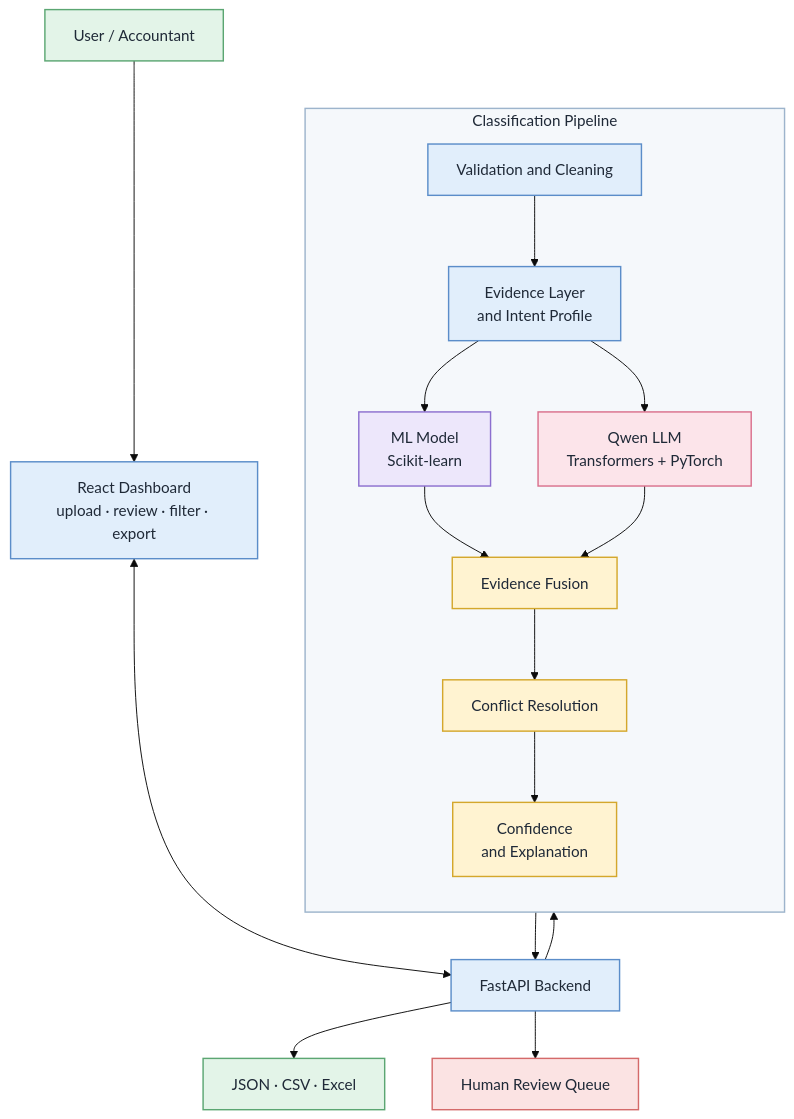
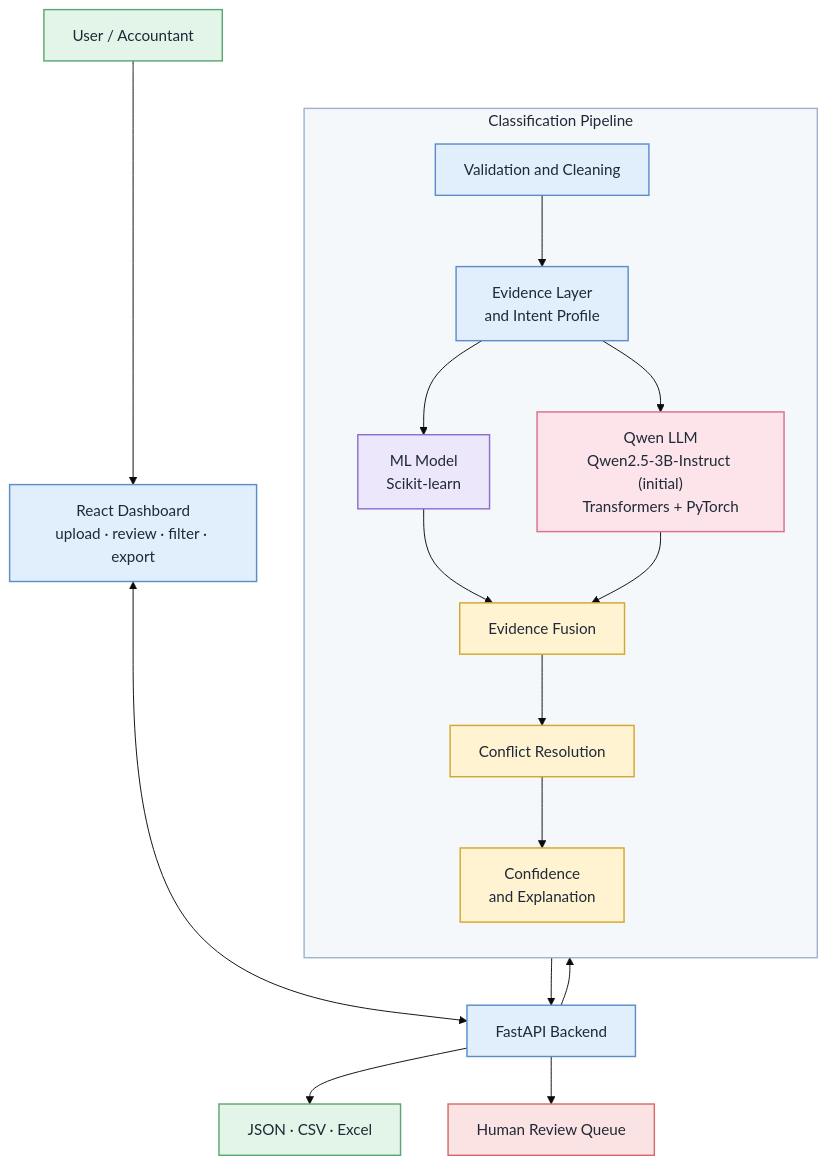
Before and after one commit to Neha0724/Hacktoberfest_BeyondThree: the second of 11 diagrams in README.md, drawn with Mermaid (base theme). The commit also changed other lines of this file, not shown here.

````diff
--- a/README.md
+++ b/README.md
@@ -156,31 +175,31 @@
 ```mermaid
 flowchart TB
     U["User / Accountant"]:::input --> UI["React Dashboard<br/>upload · review · filter · export"]:::ui
     UI <--> API["FastAPI Backend"]:::ui
 
     subgraph PIPE["Classification Pipeline"]
         direction TB
         V["Validation and Cleaning"]:::process --> EV["Evidence Layer<br/>and Intent Profile"]:::process
         EV --> ML["ML Model<br/>Scikit-learn"]:::ml
-        EV --> LLM["Qwen LLM<br/>Transformers + PyTorch"]:::llm
+        EV --> LLM["Qwen LLM<br/>Qwen2.5-3B-Instruct (initial)<br/>Transformers + PyTorch"]:::llm
         ML --> FU["Evidence Fusion"]:::decision
         LLM --> FU
         FU --> CR["Conflict Resolution"]:::decision
         CR --> CO["Confidence<br/>and Explanation"]:::decision
     end
 
     API --> V
     CO --> API
     API --> OUT["JSON · CSV · Excel"]:::output
     API --> RQ["Human Review Queue"]:::review
 
     classDef input fill:#E3F4E8,stroke:#5BA672,color:#1F2937,stroke-width:1.5px
     classDef ui fill:#E1EEFB,stroke:#5B8DC9,color:#1F2937,stroke-width:1.5px
     classDef process fill:#E1EEFB,stroke:#5B8DC9,color:#1F2937,stroke-width:1.5px
     classDef ml fill:#EDE7FB,stroke:#8C6FCF,color:#1F2937,stroke-width:1.5px
     classDef llm fill:#FCE4EA,stroke:#D9708C,color:#1F2937,stroke-width:1.5px
     classDef decision fill:#FFF3D1,stroke:#D4A72C,color:#1F2937,stroke-width:1.5px
     classDef output fill:#E3F4E8,stroke:#5BA672,color:#1F2937,stroke-width:1.5px
     classDef review fill:#FBE3E3,stroke:#D46A6A,color:#1F2937,stroke-width:1.5px
     style PIPE fill:#F5F8FB,stroke:#9DB4CC,stroke-width:1.5px,color:#1F2937
 ```
````
